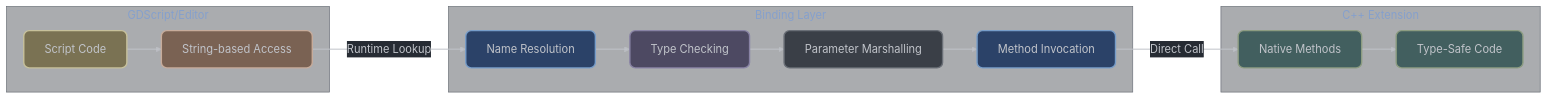
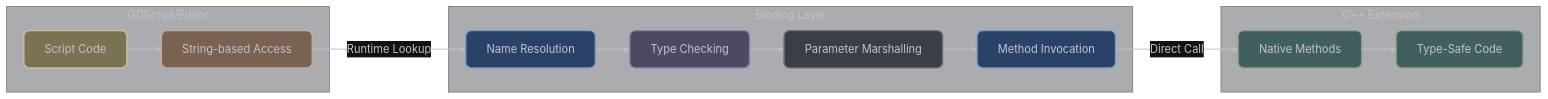
Before and after one commit to vorlac/gdextension-docs: the first of 2 diagrams in docs/engine_integration/binding-system.md, drawn with Mermaid. The commit also changed other lines of this file and 23 other files, not shown here.

````diff
--- a/docs/engine_integration/binding-system.md
+++ b/docs/engine_integration/binding-system.md
@@ -26,49 +13,47 @@
 ```mermaid
 ---
 config:
     theme: 'base'
     curve: 'straight'
     themeVariables:
         darkMode: true
         clusterBkg: '#22272f62'
         clusterBorder: '#6a6f77ff'
         clusterTextColor: '#6a6f77ff'
-        lineColor: '#C1C4CAAA'
-        background: '#262B33'
-        primaryColor: '#2b4268ff'
-        primaryTextColor: '#C1C4CAff'
+        lineColor: '#ffffff'
+        primaryTextColor: '#ffffff'
         primaryBorderColor: '#6a6f77ff'
-        nodeTextColor: '#C1C4CA'
-        defaultLinkColor: '#C1C4CA'
-        textColor: '#C1C4CA'
-        edgeLabelBackground: '#262B33'
+        nodeTextColor: '#ffffff'
+        defaultLinkColor: '#ffffff'
+        edgeLabelBackground: '#121212'
+        tertiaryTextColor: '#C1C4CA'
 ---
 flowchart LR
     subgraph GDSCRIPT["GDScript/Editor"]
         A[Script Code] --> B[String-based Access]
     end
 
     subgraph BINDING["Binding Layer"]
         C[Name Resolution] --> D[Type Checking]
         D --> E[Parameter Marshalling]
         E --> F[Method Invocation]
     end
 
     subgraph CPP["C++ Extension"]
         G[Native Methods] --> H[Type-Safe Code]
     end
 
     B -->|Runtime Lookup| C
     F -->|Direct Call| G
 
     linkStyle default stroke:#C1C4CAaa,stroke-width:2px,color:#C1C4CA
 
     style A fill:#7a7253ff,stroke: #c7c19bff,stroke-width:2px,color:#C1C4CA,rx:8,ry:8
     style B fill:#7a6253ff,stroke: #c7ac9bff,stroke-width:2px,color:#C1C4CA,rx:8,ry:8
     style C fill: #2b4268ff,stroke: #779DC9ff,stroke-width:2px,color:#C1C4CA,rx:8,ry:8
     style D fill:#4d4962ff,stroke: #8983a5ff,stroke-width:2px,color:#C1C4CA,rx:8,ry:8
     style E fill:#3a3f47ff,stroke: #6a6f77ff,stroke-width:2px,color:#C1C4CA,rx:8,ry:8
     style F fill: #2b4268ff,stroke: #779DC9ff,stroke-width:2px,color:#C1C4CA,rx:8,ry:8
     style G fill:#425f5fff,stroke: #8c9c81ff,stroke-width:2px,color:#C1C4CA,rx:8,ry:8
     style H fill:#425f5fff,stroke: #8c9c81ff,stroke-width:2px,color:#C1C4CA,rx:8,ry:8
 ```
````
